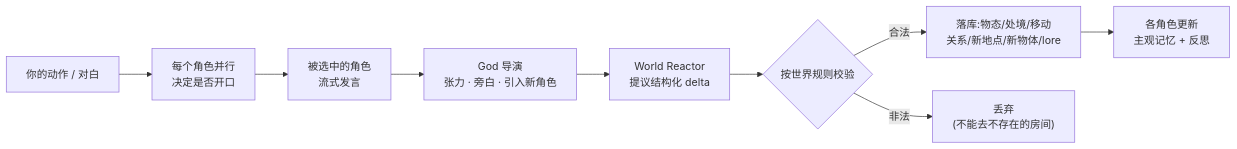
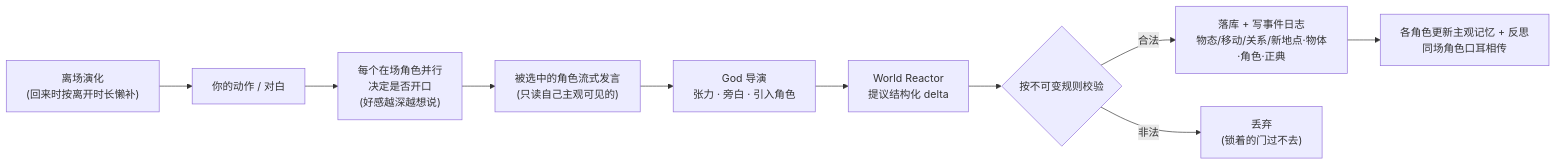
One commit to s-JoL/anywhere-door changed the first of 2 diagrams in README.md. Above: the diagram before and after it, drawn with Mermaid. The commit also changed other lines of this file, not shown here.

First line of the commit message:
docs: rewrite README -- first-principle -> consequence example -> tech; drop homage/former-name

````diff
--- a/README.md
+++ b/README.md
@@ -88,11 +105,12 @@
 ```mermaid
 flowchart LR
-  P["你的动作 / 对白"] --> I["每个角色并行<br/>决定是否开口"]
-  I --> S["被选中的角色<br/>流式发言"]
-  S --> D["God 导演<br/>张力 · 旁白 · 引入新角色"]
-  D --> R["World Reactor<br/>提议结构化 delta"]
-  R --> V{"按世界规则校验"}
-  V -->|合法| C["落库:物态/处境/移动<br/>关系/新地点/新物体/lore"]
-  V -->|非法| X["丢弃<br/>(不能去不存在的房间)"]
-  C --> M["各角色更新<br/>主观记忆 + 反思"]
+  R0["离场演化<br/>(回来时按离开时长懒补)"] --> P["你的动作 / 对白"]
+  P --> I["每个在场角色并行<br/>决定是否开口<br/>(好感越深越想说)"]
+  I --> S["被选中的角色流式发言<br/>(只读自己主观可见的)"]
+  S --> D["God 导演<br/>张力 · 旁白 · 引入角色"]
+  D --> Rx["World Reactor<br/>提议结构化 delta"]
+  Rx --> V{"按不可变规则校验"}
+  V -->|合法| C["落库 + 写事件日志<br/>物态/移动/关系/新地点·物体·角色·正典"]
+  V -->|非法| X["丢弃<br/>(锁着的门过不去)"]
+  C --> M["各角色更新主观记忆 + 反思<br/>同场角色口耳相传"]
 ```
````
